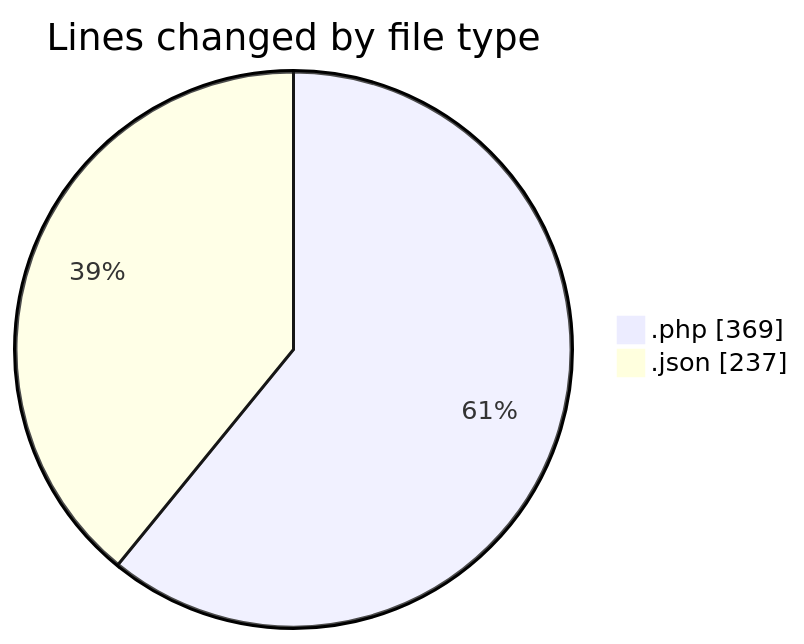
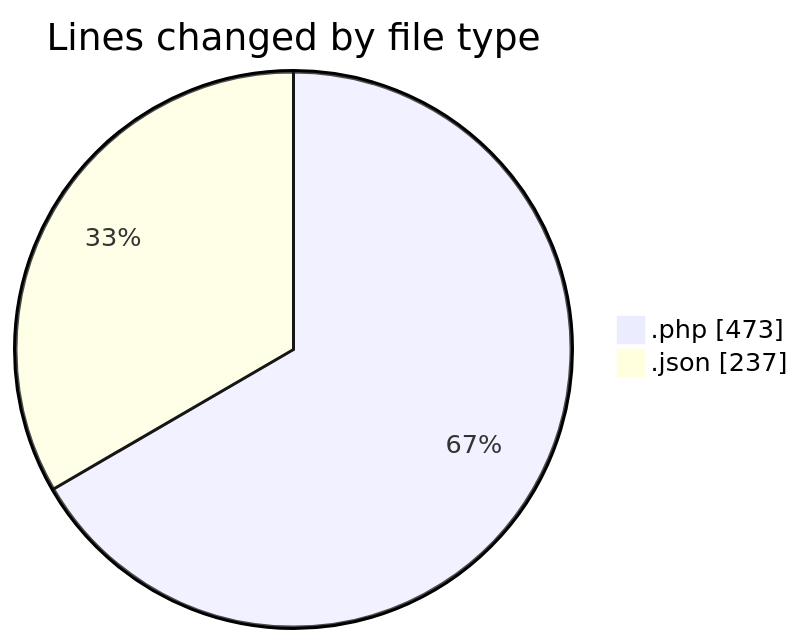
Before and after one commit to idhammustaqopulfikri/code-tracking: the first of 2 diagrams in 2025-06-09/studio-backend/README.md, drawn with Mermaid. The commit also changed other lines of this file and 1 other file, not shown here.

````diff
--- a/2025-06-09/studio-backend/README.md
+++ b/2025-06-09/studio-backend/README.md
@@ -23,6 +24,6 @@
 ```mermaid
 pie showData
 title Lines changed by file type
-".php" : 369
+".php" : 473
 ".json" : 237
 ```
````
